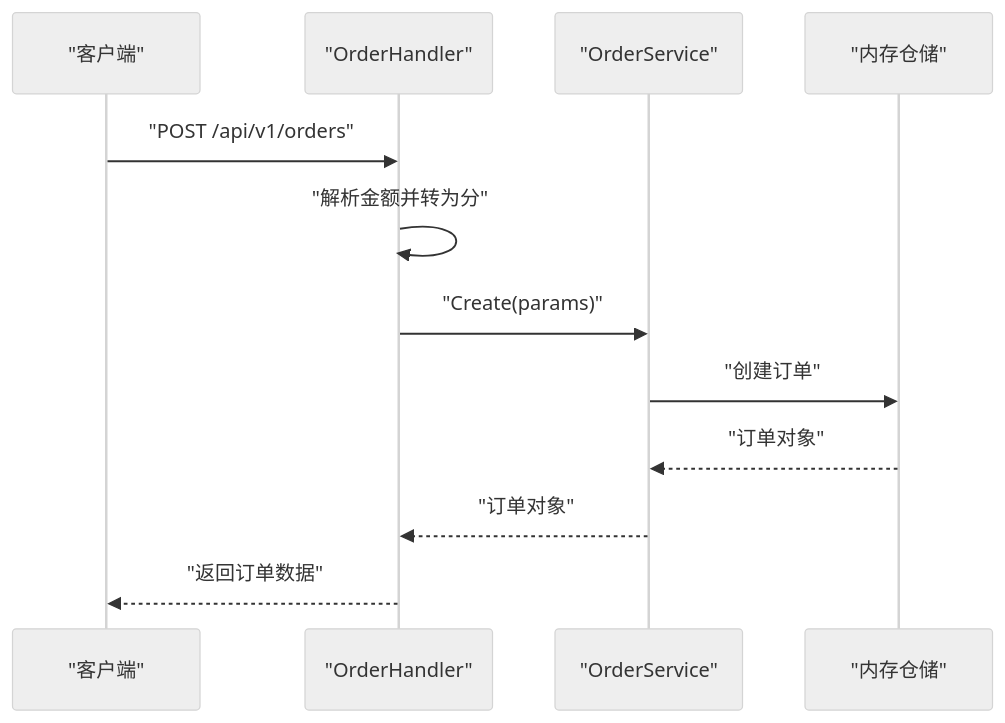
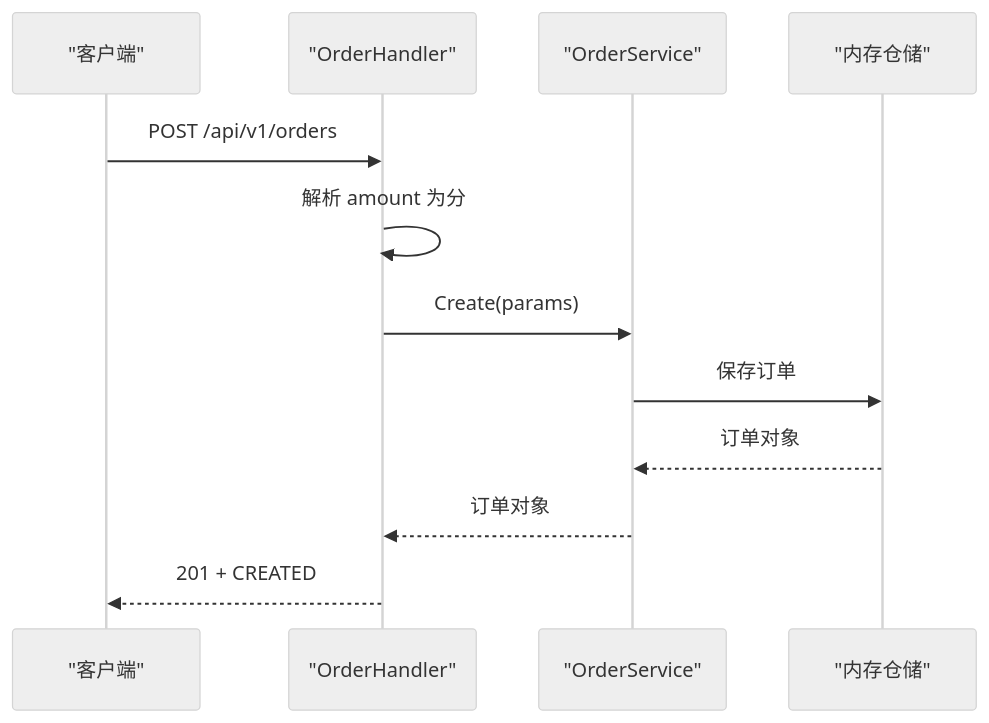
Before and after one commit to gbtdesign/payment: the third of 4 diagrams in .qoder/repowiki/zh/content/快速开始.md, drawn with Mermaid (neutral theme). The commit also changed other lines of this file and 107 other files, not shown here.

````diff
--- a/.qoder/repowiki/zh/content/快速开始.md
+++ b/.qoder/repowiki/zh/content/快速开始.md
@@ -443,14 +365,14 @@
 ```mermaid
 sequenceDiagram
 participant Client as "客户端"
-participant Handler as "OrderHandler"
+participant OrderHandler as "OrderHandler"
 participant Service as "OrderService"
 participant Repo as "内存仓储"
-Client->>Handler : "POST /api/v1/orders"
-Handler->>Handler : "解析金额并转为分"
-Handler->>Service : "Create(params)"
-Service->>Repo : "创建订单"
-Repo-->>Service : "订单对象"
-Service-->>Handler : "订单对象"
-Handler-->>Client : "返回订单数据"
+Client->>OrderHandler : POST /api/v1/orders
+OrderHandler->>OrderHandler : 解析 amount 为分
+OrderHandler->>Service : Create(params)
+Service->>Repo : 保存订单
+Repo-->>Service : 订单对象
+Service-->>OrderHandler : 订单对象
+OrderHandler-->>Client : 201 + CREATED
 ```
````
